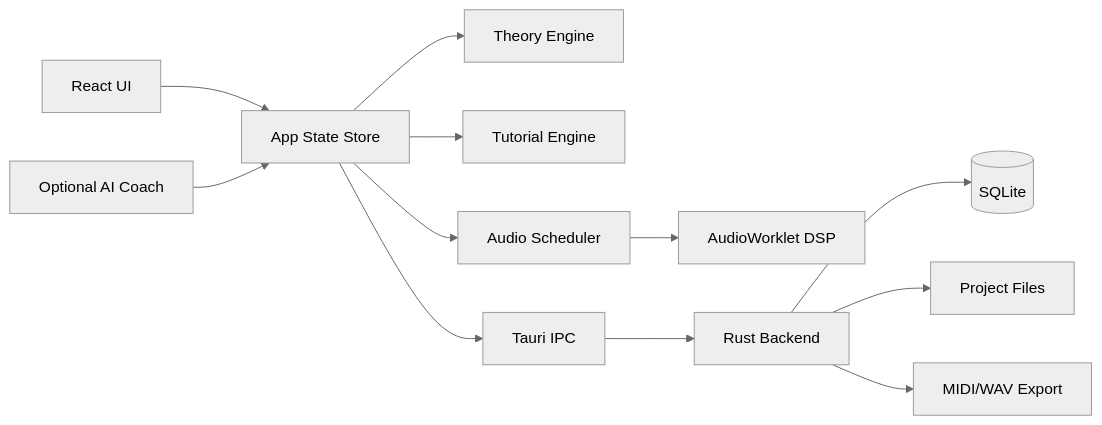
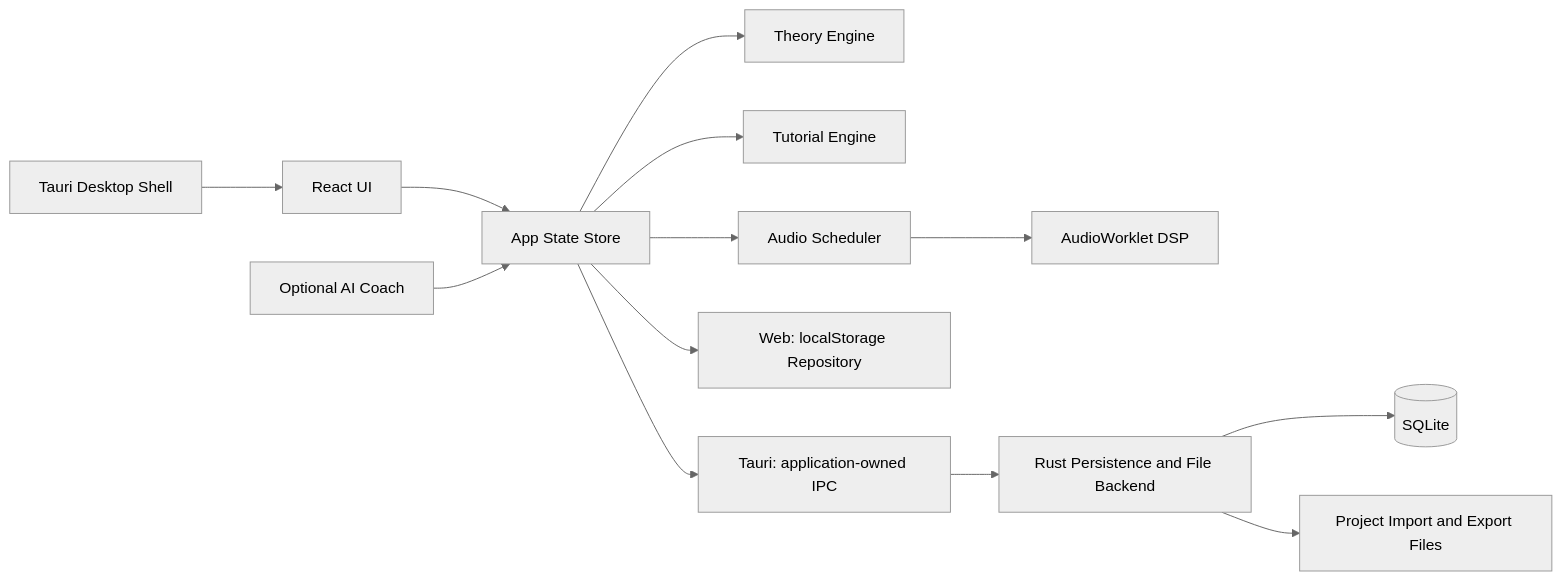
Before and after one commit to machaniconico/compose-tutor-studio: the diagram in docs/05_technical_architecture.md, drawn with Mermaid (neutral theme). The commit also changed other lines of this file and 351 other files, not shown here.

````diff
--- a/docs/05_technical_architecture.md
+++ b/docs/05_technical_architecture.md
@@ -46,14 +40,15 @@
 ```mermaid
 flowchart LR
+  Shell[Tauri Desktop Shell] --> UI
   UI[React UI] --> Store[App State Store]
   Store --> Theory[Theory Engine]
   Store --> Tutorial[Tutorial Engine]
   Store --> Audio[Audio Scheduler]
   Audio --> Worklet[AudioWorklet DSP]
-  Store --> IPC[Tauri IPC]
-  IPC --> Rust[Rust Backend]
+  Store --> BrowserRepo[Web: localStorage Repository]
+  Store --> IPC[Tauri: application-owned IPC]
+  IPC --> Rust[Rust Persistence and File Backend]
   Rust --> DB[(SQLite)]
-  Rust --> FS[Project Files]
-  Rust --> Export[MIDI/WAV Export]
+  Rust --> FS[Project Import and Export Files]
   AI[Optional AI Coach] --> Store
 ```
````
